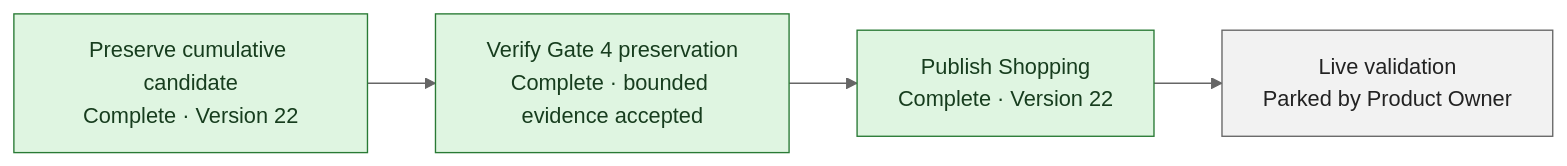
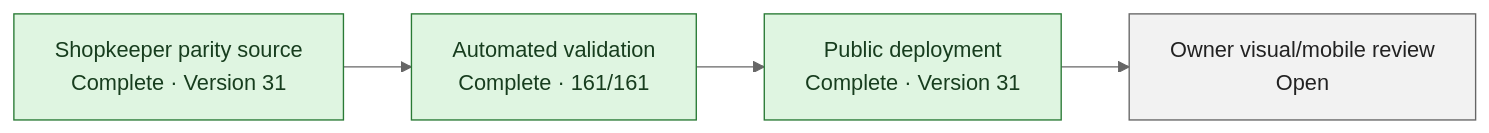
One commit to nguyenk06/book-collection-design changed the diagram in docs/PROJECT_DASHBOARD.md. Above: the diagram before and after it, drawn with Mermaid (neutral theme). The commit also changed other lines of this file and 5 other files, not shown here.

````diff
--- a/docs/PROJECT_DASHBOARD.md
+++ b/docs/PROJECT_DASHBOARD.md
@@ -30,17 +30,17 @@
 ```mermaid
 flowchart LR
-    A["Preserve cumulative candidate<br/>Complete · Version 22"]
-    B["Verify Gate 4 preservation<br/>Complete · bounded evidence accepted"]
-    C["Publish Shopping<br/>Complete · Version 22"]
-    D["Live validation<br/>Parked by Product Owner"]
+    A["Shopkeeper parity source<br/>Complete · Version 31"]
+    B["Automated validation<br/>Complete · 161/161"]
+    C["Public deployment<br/>Complete · Version 31"]
+    D["Owner visual/mobile review<br/>Open"]
 
     A --> B --> C --> D
 
     classDef complete fill:#dff5e1,stroke:#297a35,color:#173d1e
     classDef partial fill:#ffe8cc,stroke:#b35a00,color:#3a2100
     classDef closed fill:#f2f2f2,stroke:#666,color:#222
     class A complete
     class B complete
     class C complete
     class D closed
 ```
````
